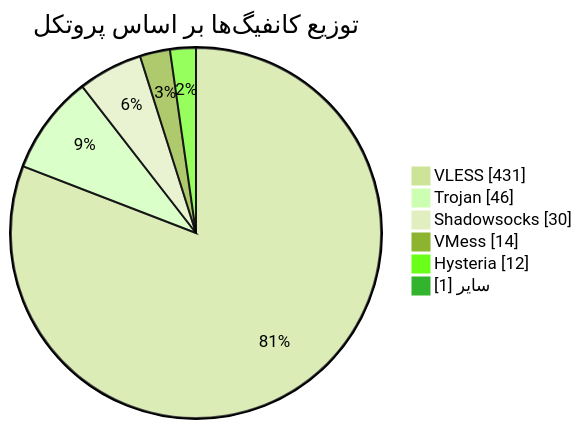
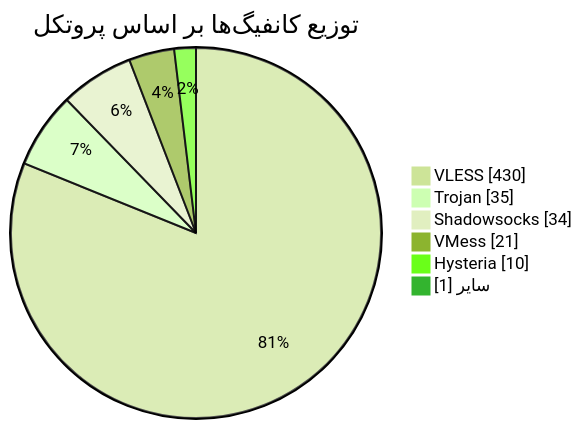
One commit to Arian-Alijani/Somthing changed the diagram in README.md. Above: the diagram before and after it, drawn with Mermaid (forest theme). The commit also changed other lines of this file and 77 other files, not shown here.

````diff
--- a/README.md
+++ b/README.md
@@ -48,10 +48,10 @@
 ```mermaid
 pie showData
     title توزیع کانفیگ‌ها بر اساس پروتکل
-    "VLESS" : 431
-    "Trojan" : 46
-    "Shadowsocks" : 30
-    "VMess" : 14
-    "Hysteria" : 12
+    "VLESS" : 430
+    "Trojan" : 35
+    "Shadowsocks" : 34
+    "VMess" : 21
+    "Hysteria" : 10
     "سایر" : 1
 ```
````
